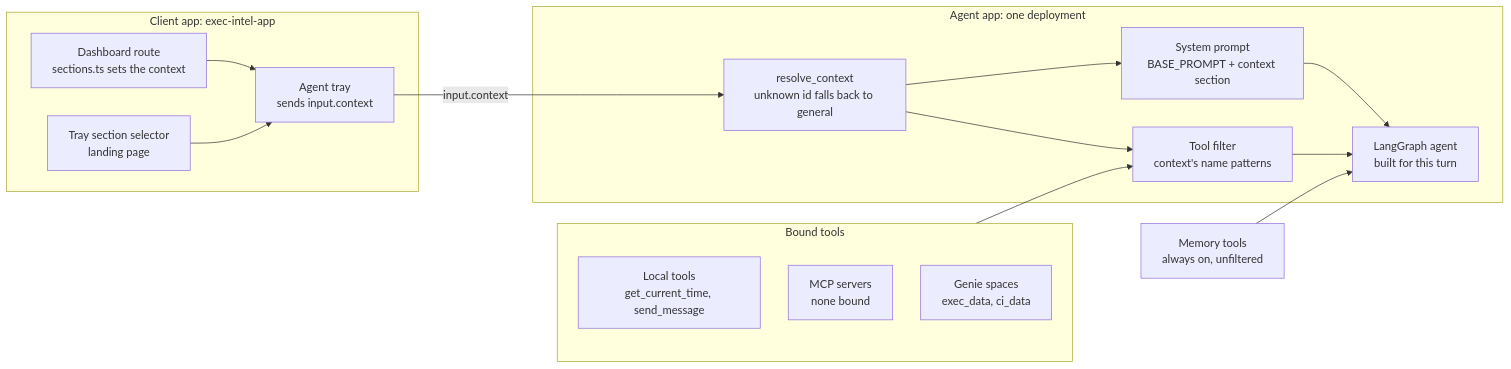
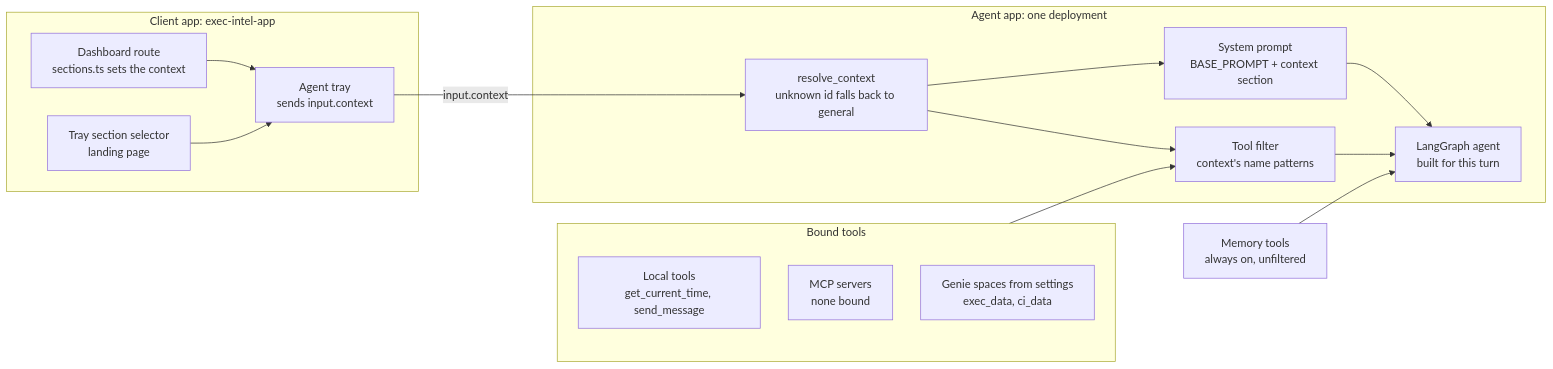
One commit to TaylorAHanson/executive-intelligence changed the first of 7 diagrams in architecture.md. Above: the diagram before and after it, drawn with Mermaid. The commit also changed other lines of this file and 39 other files, not shown here.

````diff
--- a/architecture.md
+++ b/architecture.md
@@ -121,38 +121,38 @@
 ```mermaid
 ---
 config:
   flowchart:
     nodeSpacing: 40
     rankSpacing: 70
     curve: basis
 ---
 flowchart LR
     subgraph Client["Client app: exec-intel-app"]
         P1[Dashboard route<br/>sections.ts sets the context]
         P2[Tray section selector<br/>landing page]
         Tray[Agent tray<br/>sends input.context]
         P1 & P2 --> Tray
     end
 
     Tray -->|input.context| R
 
     subgraph Agent["Agent app: one deployment"]
         R[resolve_context<br/>unknown id falls back to general]
         PR[System prompt<br/>BASE_PROMPT + context section]
         TF[Tool filter<br/>context's name patterns]
         G[LangGraph agent<br/>built for this turn]
         R --> PR --> G
         R --> TF --> G
     end
 
     subgraph Tools["Bound tools"]
         T3[Local tools<br/>get_current_time, send_message]
         T1[MCP servers<br/>none bound]
-        T2[Genie spaces<br/>exec_data, ci_data]
+        T2[Genie spaces from settings<br/>exec_data, ci_data]
     end
 
     T4[Memory tools<br/>always on, unfiltered]
 
     Tools --> TF
     T4 --> G
 ```
````
